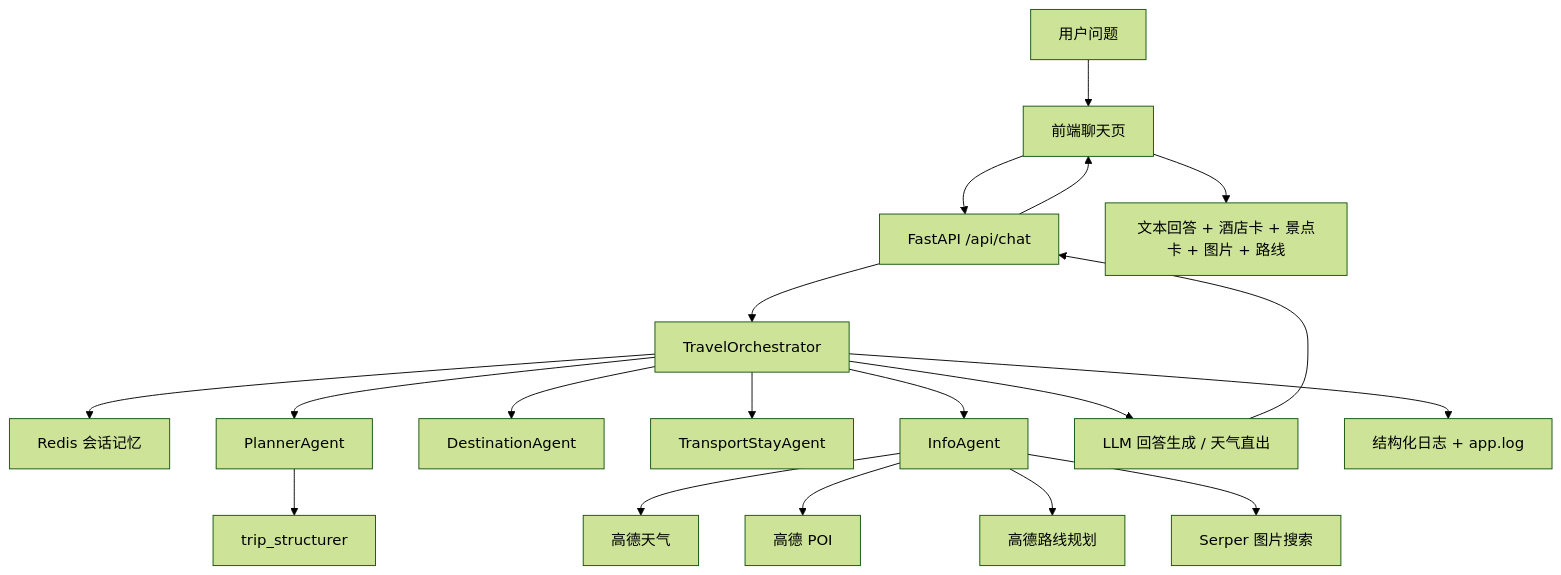
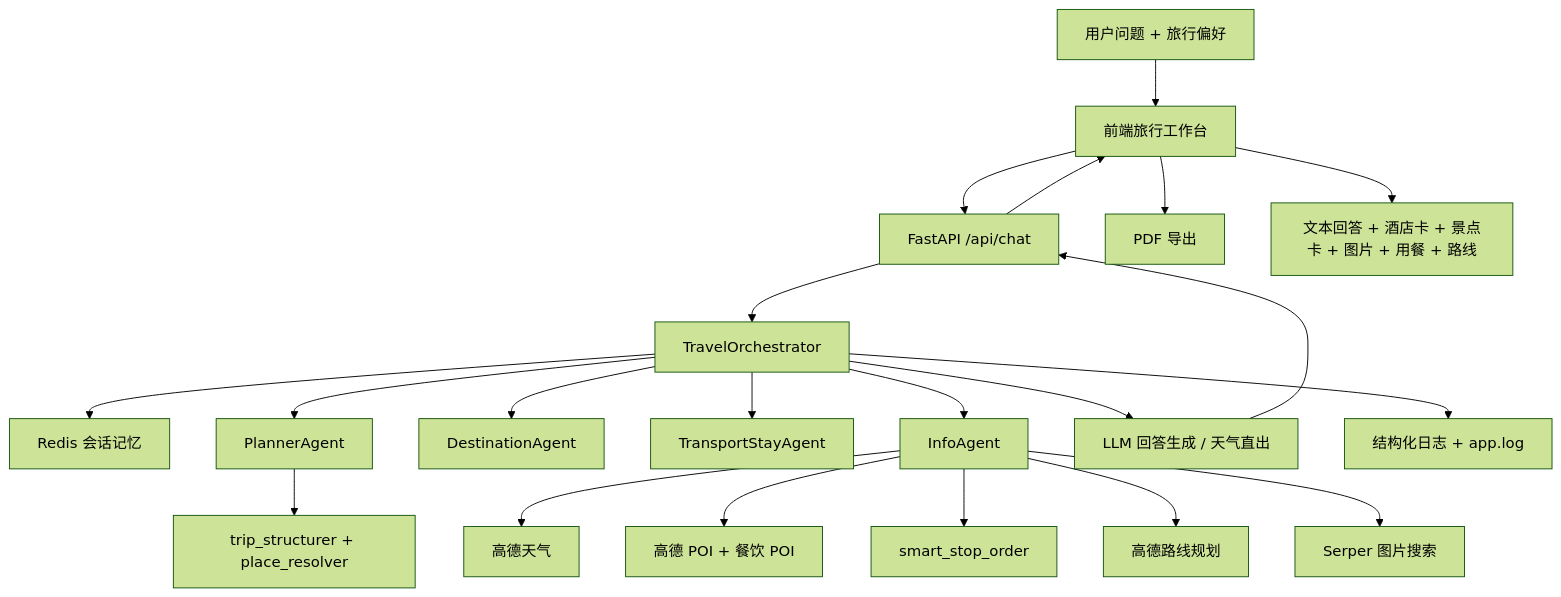
Before and after one commit to li1608335419-cmyk/travel-assistant: the fourth of 4 diagrams in README.md, drawn with Mermaid (forest theme). The commit also changed other lines of this file, not shown here.

````diff
--- a/README.md
+++ b/README.md
@@ -679,25 +729,27 @@
 ```mermaid
 flowchart TB
-    U["用户问题"] --> FE["前端聊天页"]
+    U["用户问题 + 旅行偏好"] --> FE["前端旅行工作台"]
     FE --> API["FastAPI /api/chat"]
     API --> ORCH["TravelOrchestrator"]
 
     ORCH --> REDIS["Redis 会话记忆"]
     ORCH --> P["PlannerAgent"]
     ORCH --> D["DestinationAgent"]
     ORCH --> T["TransportStayAgent"]
     ORCH --> I["InfoAgent"]
 
-    P --> TS["trip_structurer"]
+    P --> TS["trip_structurer + place_resolver"]
     I --> W["高德天气"]
-    I --> POI["高德 POI"]
+    I --> POI["高德 POI + 餐饮 POI"]
+    I --> STOP["smart_stop_order"]
     I --> R["高德路线规划"]
     I --> IMG["Serper 图片搜索"]
 
     ORCH --> LLM["LLM 回答生成 / 天气直出"]
     ORCH --> LOG["结构化日志 + app.log"]
 
     LLM --> API
     API --> FE
-    FE --> OUT["文本回答 + 酒店卡 + 景点卡 + 图片 + 路线"]
+    FE --> PDF["PDF 导出"]
+    FE --> OUT["文本回答 + 酒店卡 + 景点卡 + 图片 + 用餐 + 路线"]
 ```
````
